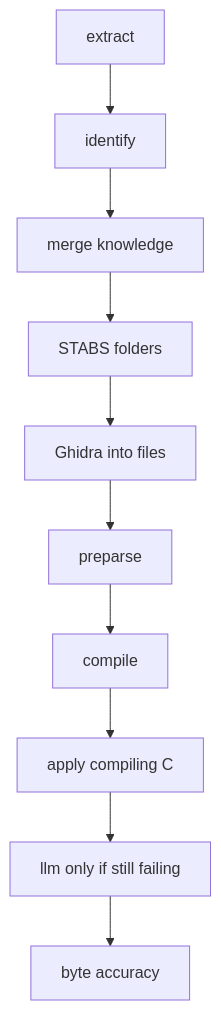
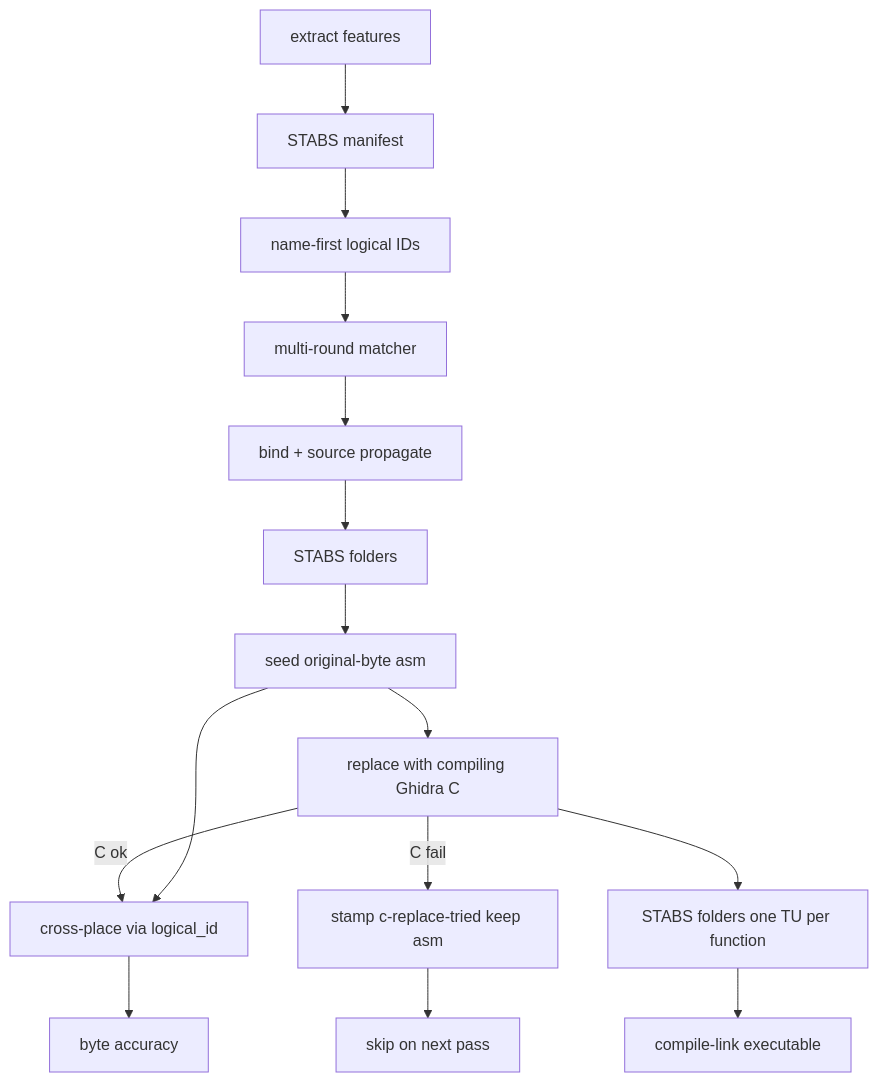
The first of 5 diagrams in docs/plans/2026-08-30-corpus-semantic-pipeline-living-plan.md (bolabaden/AgentDecompile), drawn with Mermaid before and after one commit. The commit also changed other lines of this file and 518 other files, not shown here.

````diff
--- a/docs/plans/2026-08-30-corpus-semantic-pipeline-living-plan.md
+++ b/docs/plans/2026-08-30-corpus-semantic-pipeline-living-plan.md
@@ -13,12 +15,17 @@
 ```mermaid
 flowchart TD
-  extract[extract] --> identify[identify]
-  identify --> merge[merge knowledge]
-  merge --> generate[STABS folders]
-  generate --> recover[Ghidra into files]
-  recover --> preparse[preparse]
-  preparse --> compile[compile]
-  compile --> apply[apply compiling C]
-  apply --> llm[llm only if still failing]
-  llm --> verify[byte accuracy]
+  extract[extract features] --> stabs[STABS manifest]
+  stabs --> logical[name-first logical IDs]
+  logical --> match[multi-round matcher]
+  match --> propagate[bind + source propagate]
+  propagate --> generate[STABS folders]
+  generate --> asm[seed original-byte asm]
+  asm --> creplace[replace with compiling Ghidra C]
+  creplace -->|C ok| cross[cross-place via logical_id]
+  creplace -->|C fail| stamp[stamp c-replace-tried keep asm]
+  stamp --> skip[skip on next pass]
+  creplace --> workspace[STABS folders one TU per function]
+  workspace --> link[compile-link executable]
+  asm --> cross
+  cross --> verify[byte accuracy]
 ```
````
